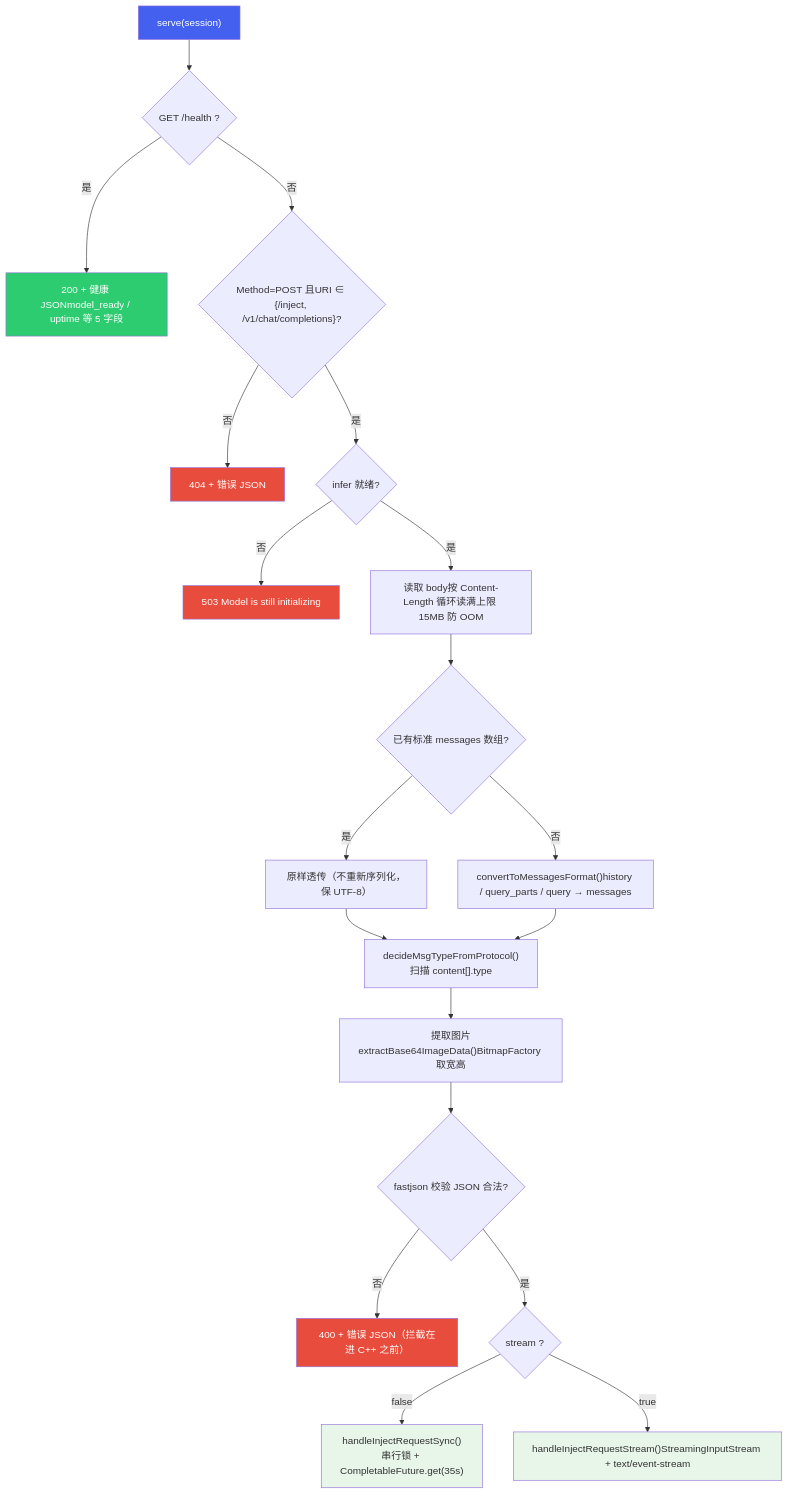
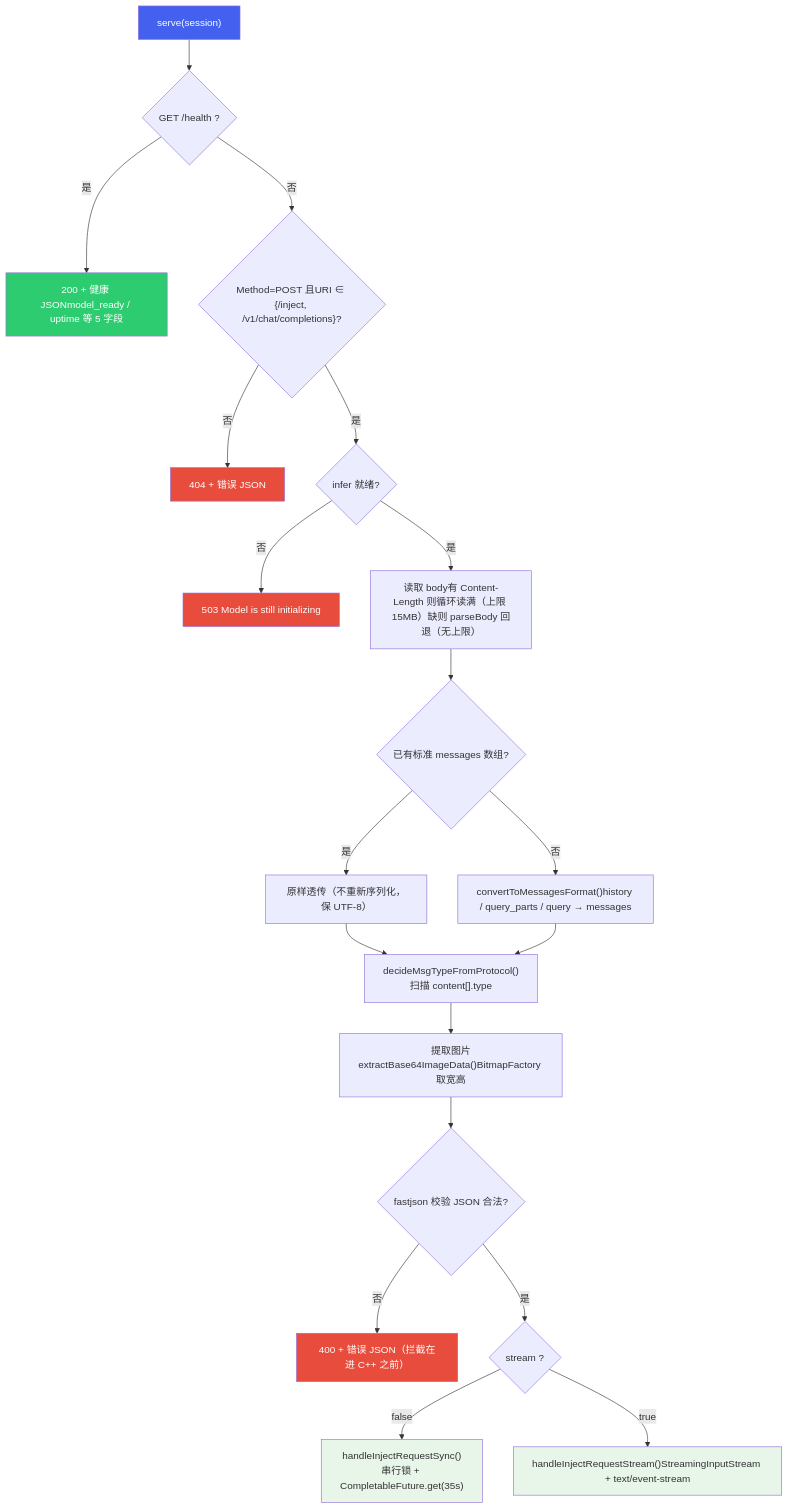
The third of 6 diagrams in cockpit/projects/lantu/apk-integration.md (ranpin/edge-ai-docs), drawn with Mermaid before and after one commit. The commit also changed other lines of this file and 6 other files, not shown here.

First line of the commit message:
岚图模块二轮专家评审：7 篇全量修订

````diff
--- a/cockpit/projects/lantu/apk-integration.md
+++ b/cockpit/projects/lantu/apk-integration.md
@@ -263,29 +309,29 @@
 ```mermaid
 flowchart TB
     S["serve(session)"] --> H{"GET /health ?"}
     H -->|是| HOK["200 + 健康 JSONmodel_ready / uptime 等 5 字段"]
     H -->|否| M{"Method=POST 且URI ∈ {/inject, /v1/chat/completions}?"}
     M -->|否| E404["404 + 错误 JSON"]
     M -->|是| RDY{"infer 就绪?"}
     RDY -->|否| E503["503 Model is still initializing"]
-    RDY -->|是| R["读取 body按 Content-Length 循环读满上限 15MB 防 OOM"]
+    RDY -->|是| R["读取 body有 Content-Length 则循环读满（上限 15MB）缺则 parseBody 回退（无上限）"]
     R --> P{"已有标准 messages 数组?"}
     P -->|是| KEEP["原样透传（不重新序列化，保 UTF-8）"]
     P -->|否| CONV["convertToMessagesFormat()history / query_parts / query → messages"]
     KEEP --> MT["decideMsgTypeFromProtocol()扫描 content[].type"]
     CONV --> MT
     MT --> IMG["提取图片extractBase64ImageData()BitmapFactory 取宽高"]
     IMG --> V{"fastjson 校验 JSON 合法?"}
     V -->|否| EBAD["400 + 错误 JSON（拦截在进 C++ 之前）"]
     V -->|是| ST{"stream ?"}
     ST -->|false| SYNC["handleInjectRequestSync()串行锁 + CompletableFuture.get(35s)"]
     ST -->|true| SSE["handleInjectRequestStream()StreamingInputStream + text/event-stream"]
 
     style S fill:#4361ee,color:#fff
     style HOK fill:#2ecc71,color:#fff
     style EBAD fill:#e74c3c,color:#fff
     style E404 fill:#e74c3c,color:#fff
     style E503 fill:#e74c3c,color:#fff
     style SYNC fill:#e8f5e9
     style SSE fill:#e8f5e9
 ```
````
